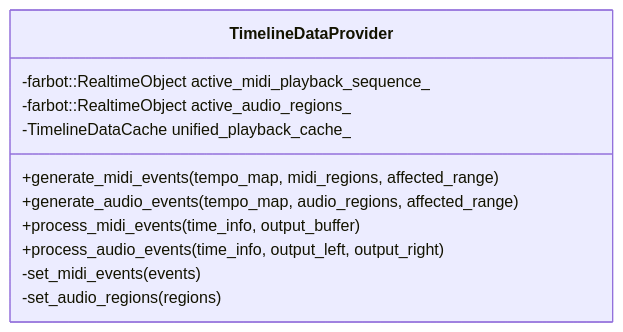
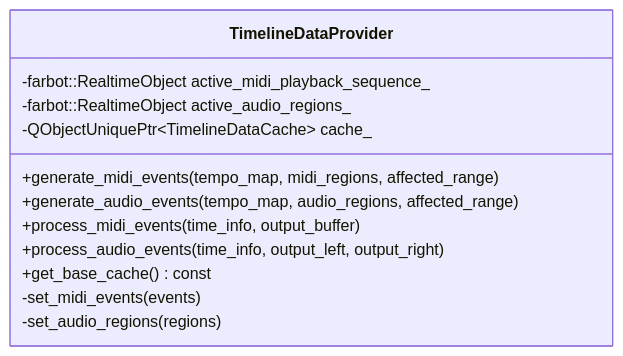
The third of 7 diagrams in doc/dev/playback_cache_architecture.md (zrythm/zrythm), drawn with Mermaid before and after one commit. The commit also changed other lines of this file, not shown here.

First line of the commit message:
doc/playback-cache: update architecture documentation

````diff
--- a/doc/dev/playback_cache_architecture.md
+++ b/doc/dev/playback_cache_architecture.md
@@ -107,14 +107,15 @@
 ```mermaid
 classDiagram
     class TimelineDataProvider {
         +generate_midi_events(tempo_map, midi_regions, affected_range)
         +generate_audio_events(tempo_map, audio_regions, affected_range)
         +process_midi_events(time_info, output_buffer)
         +process_audio_events(time_info, output_left, output_right)
+        +get_base_cache() const
         -set_midi_events(events)
         -set_audio_regions(regions)
         -farbot::RealtimeObject active_midi_playback_sequence_
         -farbot::RealtimeObject active_audio_regions_
-        -TimelineDataCache unified_playback_cache_
+        -QObjectUniquePtr~TimelineDataCache~ cache_
     }
 ```
````
